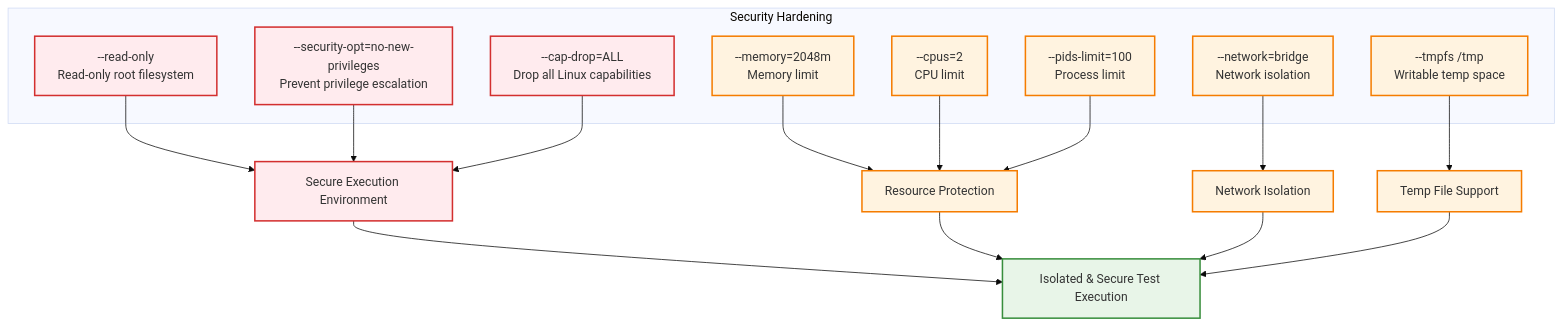
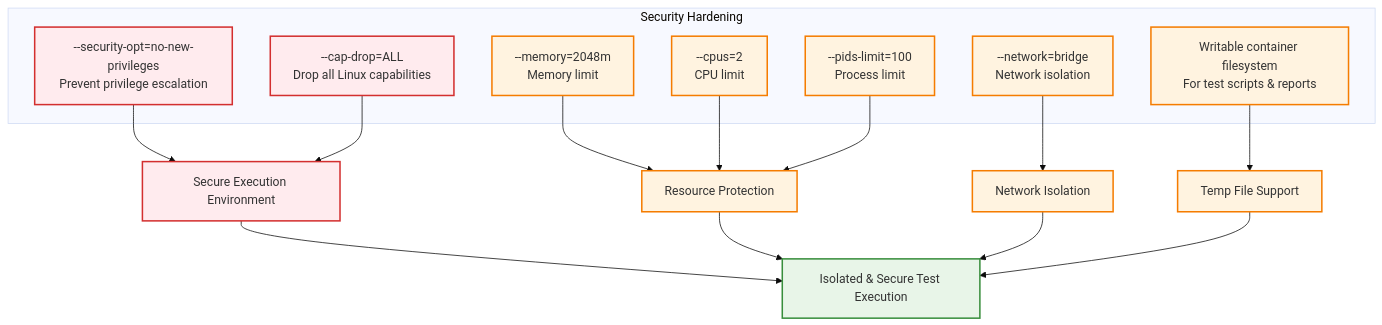
One commit to supercheck-io/supercheck changed diagram 13 of 26 in specs/TEST_EXECUTION_AND_JOB_QUEUE_FLOW.md. Above: the diagram before and after it, drawn with Mermaid (base theme). The commit also changed other lines of this file and 12 other files, not shown here.

First line of the commit message:
docs: update container execution model to eliminate host filesystem dependencies

````diff
--- a/specs/TEST_EXECUTION_AND_JOB_QUEUE_FLOW.md
+++ b/specs/TEST_EXECUTION_AND_JOB_QUEUE_FLOW.md
@@ -615,28 +643,27 @@
 ```mermaid
 graph TB
     subgraph "Security Hardening"
-        S1[--read-only<br/>Read-only root filesystem]
-        S2[--security-opt=no-new-privileges<br/>Prevent privilege escalation]
-        S3[--cap-drop=ALL<br/>Drop all Linux capabilities]
-        S4[--memory=2048m<br/>Memory limit]
-        S5[--cpus=2<br/>CPU limit]
-        S6[--pids-limit=100<br/>Process limit]
-        S7[--network=bridge<br/>Network isolation]
-        S8[--tmpfs /tmp<br/>Writable temp space]
+        S1[--security-opt=no-new-privileges<br/>Prevent privilege escalation]
+        S2[--cap-drop=ALL<br/>Drop all Linux capabilities]
+        S3[--memory=2048m<br/>Memory limit]
+        S4[--cpus=2<br/>CPU limit]
+        S5[--pids-limit=100<br/>Process limit]
+        S6[--network=bridge<br/>Network isolation]
+        S7[Writable container filesystem<br/>For test scripts & reports]
     end
 
-    S1 & S2 & S3 --> SEC[Secure Execution Environment]
-    S4 & S5 & S6 --> RES[Resource Protection]
-    S7 --> NET[Network Isolation]
-    S8 --> TMP[Temp File Support]
+    S1 & S2 --> SEC[Secure Execution Environment]
+    S3 & S4 & S5 --> RES[Resource Protection]
+    S6 --> NET[Network Isolation]
+    S7 --> TMP[Temp File Support]
 
     SEC & RES & NET & TMP --> SAFE[Isolated & Secure Test Execution]
 
     classDef security fill:#ffebee,stroke:#d32f2f,stroke-width:2px
     classDef resource fill:#fff3e0,stroke:#f57c00,stroke-width:2px
     classDef result fill:#e8f5e8,stroke:#388e3c,stroke-width:2px
 
-    class S1,S2,S3,SEC security
-    class S4,S5,S6,S7,S8,RES,NET,TMP resource
+    class S1,S2,SEC security
+    class S3,S4,S5,S6,S7,RES,NET,TMP resource
     class SAFE result
 ```
````
